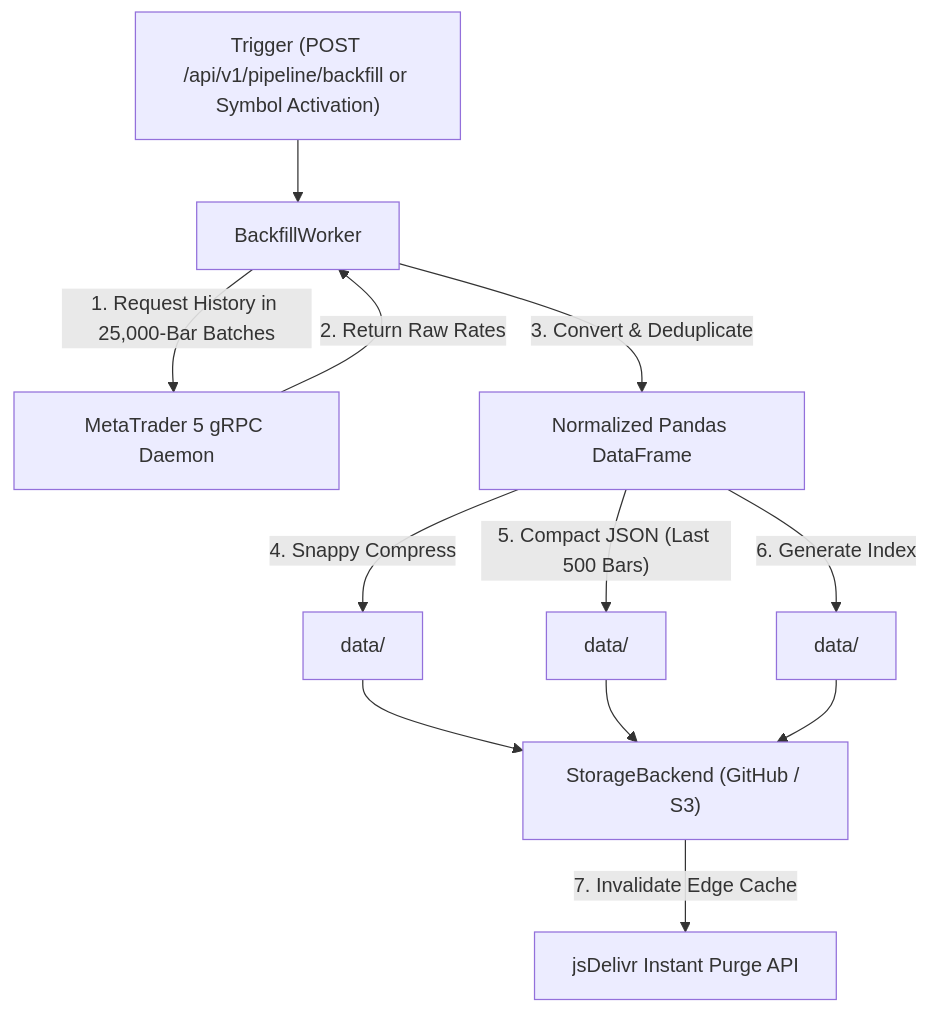
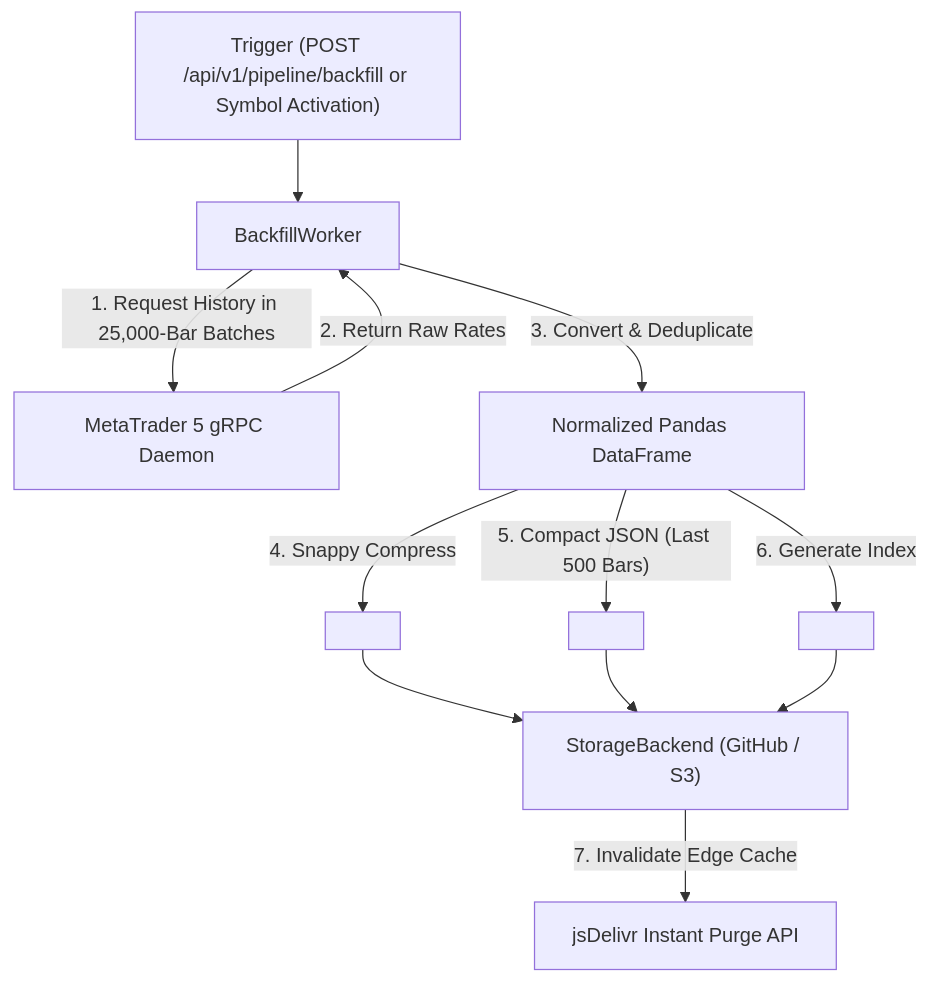
One commit to devffex/MetaBridge5 changed the diagram in apps/market-gateway/docs/historical_pipeline_ingestion.md. Above: the diagram before and after it, drawn with Mermaid. The commit also changed other lines of this file and 6 other files, not shown here.

````diff
--- a/apps/market-gateway/docs/historical_pipeline_ingestion.md
+++ b/apps/market-gateway/docs/historical_pipeline_ingestion.md
@@ -11,12 +11,12 @@
 ```mermaid
 flowchart TD
     Trigger["Trigger (POST /api/v1/pipeline/backfill or Symbol Activation)"] --> Worker["BackfillWorker"]
     Worker -->|"1. Request History in 25,000-Bar Batches"| MT5["MetaTrader 5 gRPC Daemon"]
     MT5 -->|"2. Return Raw Rates"| Worker
     Worker -->|"3. Convert & Deduplicate"| DF["Normalized Pandas DataFrame"]
-    DF -->|"4. Snappy Compress"| Parquet["data/<SYMBOL>/<TF>/history.parquet"]
-    DF -->|"5. Compact JSON (Last 500 Bars)"| JSON["data/<SYMBOL>/<TF>/recent.json"]
-    DF -->|"6. Generate Index"| Manifest["data/<SYMBOL>/manifest.json"]
+    DF -->|"4. Snappy Compress"| Parquet["<SYMBOL>/<TF>/history.parquet"]
+    DF -->|"5. Compact JSON (Last 500 Bars)"| JSON["<SYMBOL>/<TF>/recent.json"]
+    DF -->|"6. Generate Index"| Manifest["<SYMBOL>/manifest.json"]
     Parquet & JSON & Manifest --> Storage["StorageBackend (GitHub / S3)"]
     Storage -->|"7. Invalidate Edge Cache"| PurgeAPI["jsDelivr Instant Purge API"]
 ```
````
